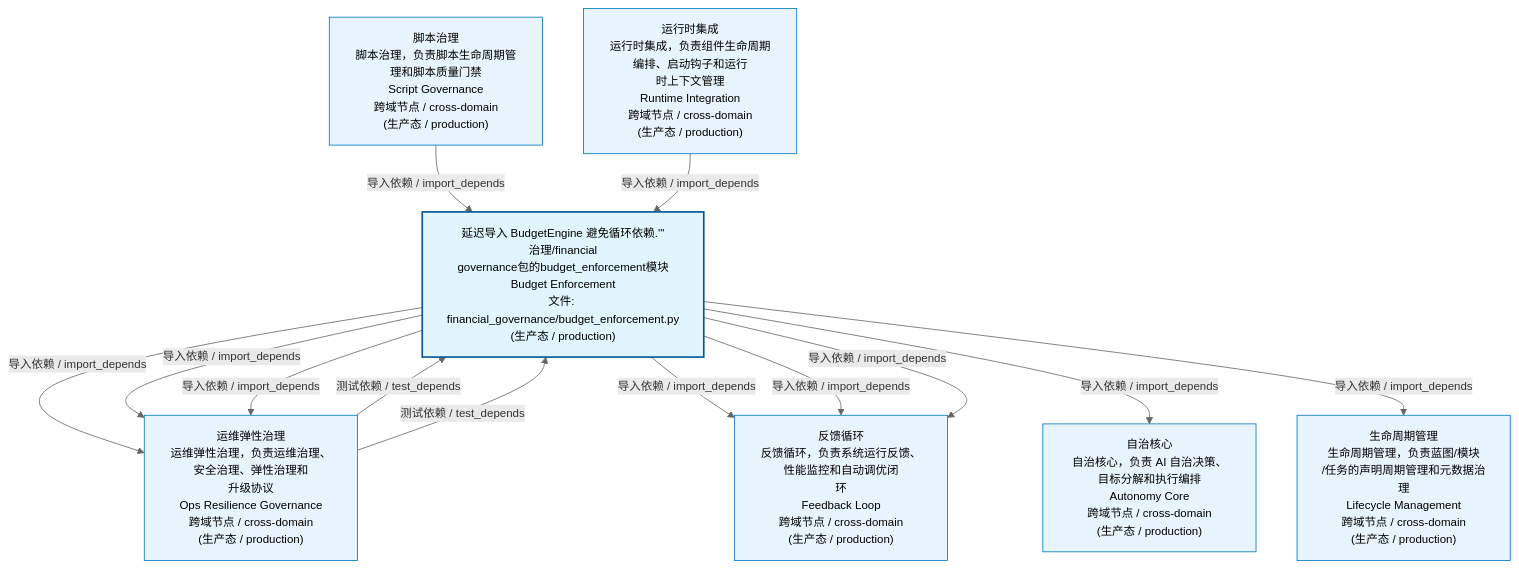
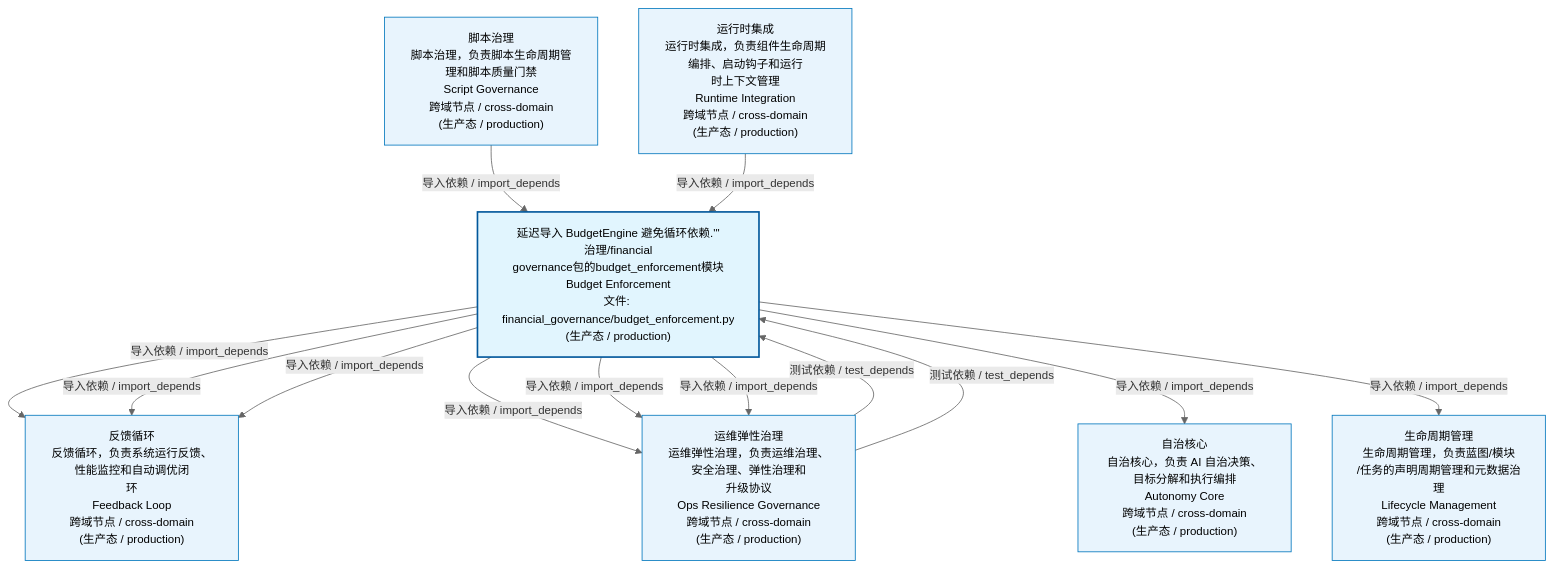
Before and after one commit to xuanFelixVan/ZephyrAlpha: the first of 3 diagrams in docs/02_enterprise_architecture/02_domain_architecture_docs/54_d_gov_repair.md, drawn with Mermaid. The commit also changed 45 other files, not shown here.

````diff
--- a/docs/02_enterprise_architecture/02_domain_architecture_docs/54_d_gov_repair.md
+++ b/docs/02_enterprise_architecture/02_domain_architecture_docs/54_d_gov_repair.md
@@ -53,29 +53,29 @@
 ```mermaid
 %%{init: {'theme': 'base', 'themeVariables': {'primaryColor': '#eaeaea', 'primaryTextColor': '#333333', 'primaryBorderColor': '#666666', 'lineColor': '#666666', 'secondaryColor': '#eaeaea', 'tertiaryColor': '#eaeaea', 'fontSize': '14px'}}}%%
 flowchart TD
     src_zephyr_governance_financial_governance_budget_enforcement_py["延迟导入 BudgetEngine 避免循环依赖.'''<br/>治理/financial<br/>governance包的budget_enforcement模块<br/>Budget Enforcement<br/>文件: financial_governance/budget_enforcement.py<br/>(生产态 / production)"]
+    D_OPS["反馈循环<br/>反馈循环，负责系统运行反馈、性能监控和自动调优闭<br/>环<br/>Feedback Loop<br/>跨域节点 / cross-domain<br/>(生产态 / production)"]
+    src_zephyr_governance_financial_governance_budget_enforcement_py -->|导入依赖 / import_depends| D_OPS
     D_GOV_OPS_RESILIENCE["运维弹性治理<br/>运维弹性治理，负责运维治理、安全治理、弹性治理和<br/>升级协议<br/>Ops Resilience Governance<br/>跨域节点 / cross-domain<br/>(生产态 / production)"]
     src_zephyr_governance_financial_governance_budget_enforcement_py -->|导入依赖 / import_depends| D_GOV_OPS_RESILIENCE
-    D_OPS["反馈循环<br/>反馈循环，负责系统运行反馈、性能监控和自动调优闭<br/>环<br/>Feedback Loop<br/>跨域节点 / cross-domain<br/>(生产态 / production)"]
-    src_zephyr_governance_financial_governance_budget_enforcement_py -->|导入依赖 / import_depends| D_OPS
-    src_zephyr_governance_financial_governance_budget_enforcement_py -->|导入依赖 / import_depends| D_OPS
     src_zephyr_governance_financial_governance_budget_enforcement_py -->|导入依赖 / import_depends| D_GOV_OPS_RESILIENCE
     src_zephyr_governance_financial_governance_budget_enforcement_py -->|导入依赖 / import_depends| D_GOV_OPS_RESILIENCE
+    src_zephyr_governance_financial_governance_budget_enforcement_py -->|导入依赖 / import_depends| D_OPS
     src_zephyr_governance_financial_governance_budget_enforcement_py -->|导入依赖 / import_depends| D_OPS
     D_AUTONOMY_CORE["自治核心<br/>自治核心，负责 AI 自治决策、目标分解和执行编排<br/>Autonomy Core<br/>跨域节点 / cross-domain<br/>(生产态 / production)"]
     src_zephyr_governance_financial_governance_budget_enforcement_py -->|导入依赖 / import_depends| D_AUTONOMY_CORE
     D_GOVERNANCE["生命周期管理<br/>生命周期管理，负责蓝图/模块<br/>/任务的声明周期管理和元数据治理<br/>Lifecycle Management<br/>跨域节点 / cross-domain<br/>(生产态 / production)"]
     src_zephyr_governance_financial_governance_budget_enforcement_py -->|导入依赖 / import_depends| D_GOVERNANCE
     D_GOV_SCRIPTS["脚本治理<br/>脚本治理，负责脚本生命周期管理和脚本质量门禁<br/>Script Governance<br/>跨域节点 / cross-domain<br/>(生产态 / production)"]
     D_GOV_SCRIPTS -->|导入依赖 / import_depends| src_zephyr_governance_financial_governance_budget_enforcement_py
     D_GOV_OPS_RESILIENCE -->|测试依赖 / test_depends| src_zephyr_governance_financial_governance_budget_enforcement_py
     D_INFRA_RUNTIME["运行时集成<br/>运行时集成，负责组件生命周期编排、启动钩子和运行<br/>时上下文管理<br/>Runtime Integration<br/>跨域节点 / cross-domain<br/>(生产态 / production)"]
     D_INFRA_RUNTIME -->|导入依赖 / import_depends| src_zephyr_governance_financial_governance_budget_enforcement_py
     D_GOV_OPS_RESILIENCE -->|测试依赖 / test_depends| src_zephyr_governance_financial_governance_budget_enforcement_py
     classDef production fill:#e1f5fe,stroke:#01579b,stroke-width:2px,color:#000
     classDef design fill:#fff3e0,stroke:#e65100,stroke-width:2px,color:#000,stroke-dasharray: 5 5
     classDef external_prod fill:#e8f4fd,stroke:#0277bd,stroke-width:1px,color:#000
     classDef external_design fill:#fff8e7,stroke:#ef6c00,stroke-width:1px,color:#000,stroke-dasharray: 5 5
     class src_zephyr_governance_financial_governance_budget_enforcement_py production
-    class D_GOV_OPS_RESILIENCE,D_OPS,D_AUTONOMY_CORE,D_GOVERNANCE,D_GOV_SCRIPTS,D_INFRA_RUNTIME external_prod
+    class D_OPS,D_GOV_OPS_RESILIENCE,D_AUTONOMY_CORE,D_GOVERNANCE,D_GOV_SCRIPTS,D_INFRA_RUNTIME external_prod
 ```
````
